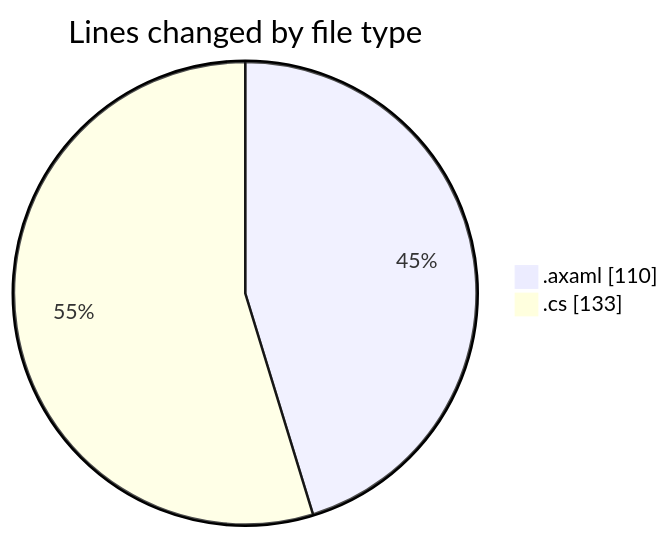
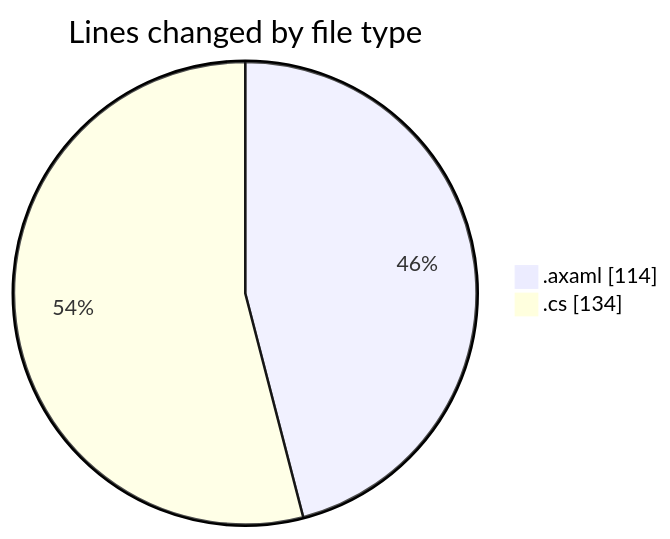
The first of 2 diagrams in 2025-10-29/skintrack/README.md (Netris89/code-tracking), drawn with Mermaid before and after one commit. The commit also changed other lines of this file and 1 other file, not shown here.

````diff
--- a/2025-10-29/skintrack/README.md
+++ b/2025-10-29/skintrack/README.md
@@ -26,6 +26,6 @@
 ```mermaid
 pie showData
 title Lines changed by file type
-".axaml" : 110
-".cs" : 133
+".axaml" : 114
+".cs" : 134
 ```
````
